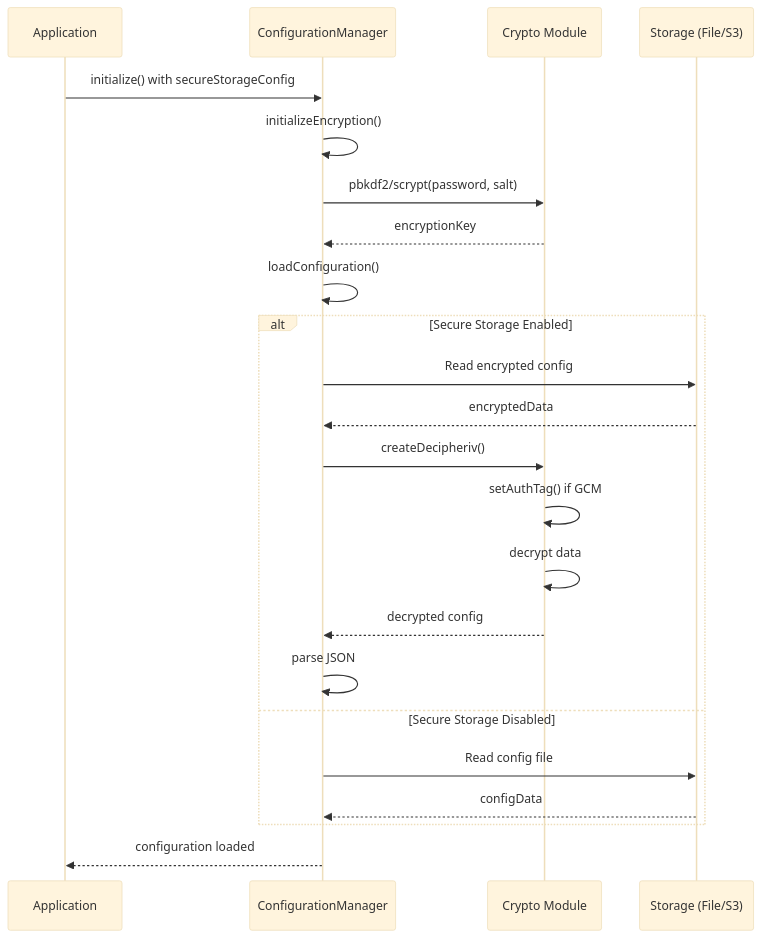
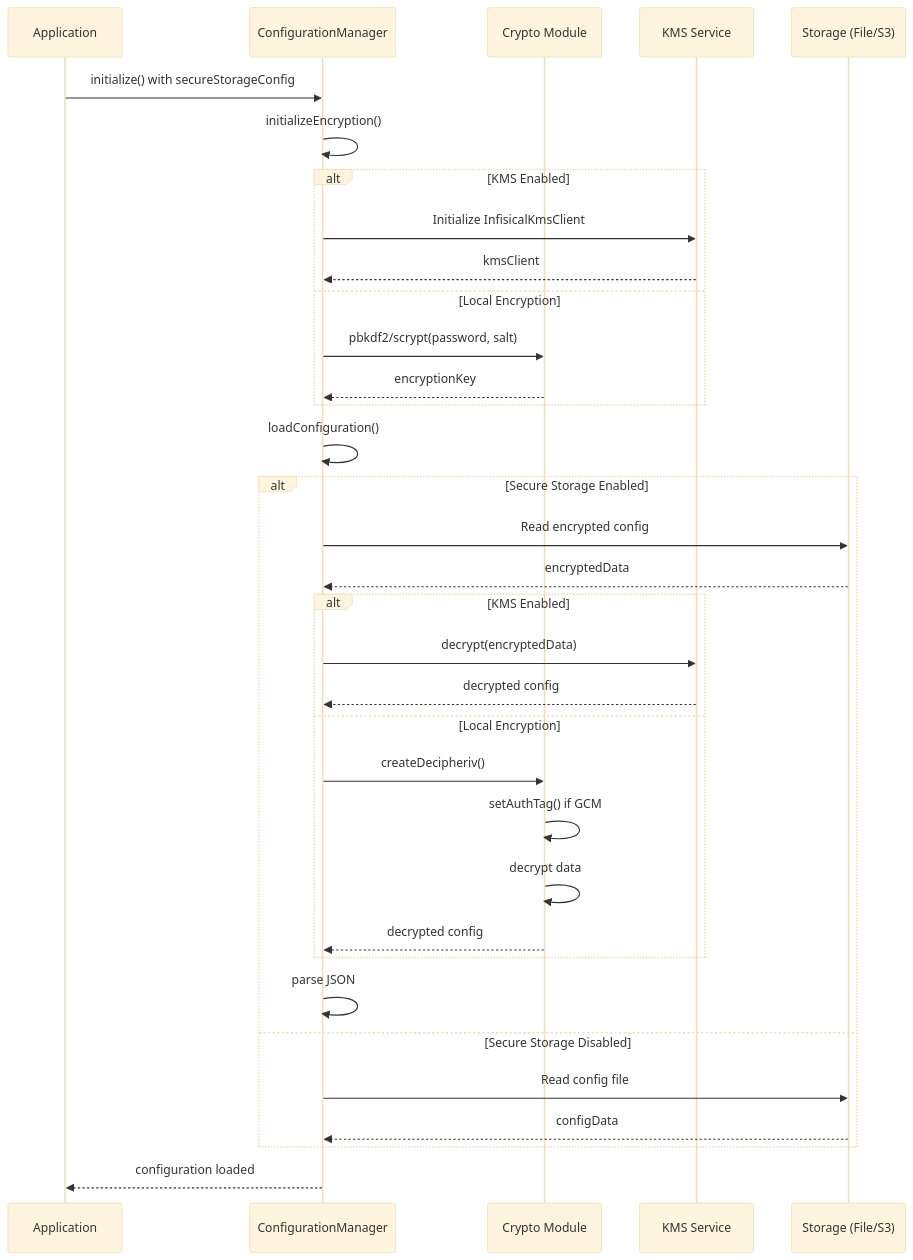
Before and after one commit to smedrec/smart-logs: the seventh of 14 diagrams in .qoder/repowiki/en/content/Audit Core System/Configuration Management/Configuration Management.md, drawn with Mermaid (base theme). The commit also changed other lines of this file and 21 other files, not shown here.

First line of the commit message:
feat(core): add OTLP exporter and KMS encryption support to audit core system

````diff
--- a/.qoder/repowiki/en/content/Audit Core System/Configuration Management/Configuration Management.md
+++ b/.qoder/repowiki/en/content/Audit Core System/Configuration Management/Configuration Management.md
@@ -327,25 +331,36 @@
 ```mermaid
 sequenceDiagram
 participant App as Application
 participant ConfigManager as ConfigurationManager
 participant Encryption as Crypto Module
+participant KMS as KMS Service
 participant Storage as Storage (File/S3)
 App->>ConfigManager : initialize() with secureStorageConfig
 ConfigManager->>ConfigManager : initializeEncryption()
+alt KMS Enabled
+ConfigManager->>KMS : Initialize InfisicalKmsClient
+KMS-->>ConfigManager : kmsClient
+else Local Encryption
 ConfigManager->>Encryption : pbkdf2/scrypt(password, salt)
 Encryption-->>ConfigManager : encryptionKey
+end
 ConfigManager->>ConfigManager : loadConfiguration()
 alt Secure Storage Enabled
 ConfigManager->>Storage : Read encrypted config
 Storage-->>ConfigManager : encryptedData
+alt KMS Enabled
+ConfigManager->>KMS : decrypt(encryptedData)
+KMS-->>ConfigManager : decrypted config
+else Local Encryption
 ConfigManager->>Encryption : createDecipheriv()
 Encryption->>Encryption : setAuthTag() if GCM
 Encryption->>Encryption : decrypt data
 Encryption-->>ConfigManager : decrypted config
+end
 ConfigManager->>ConfigManager : parse JSON
 else Secure Storage Disabled
 ConfigManager->>Storage : Read config file
 Storage-->>ConfigManager : configData
 end
 ConfigManager-->>App : configuration loaded
 ```
````
